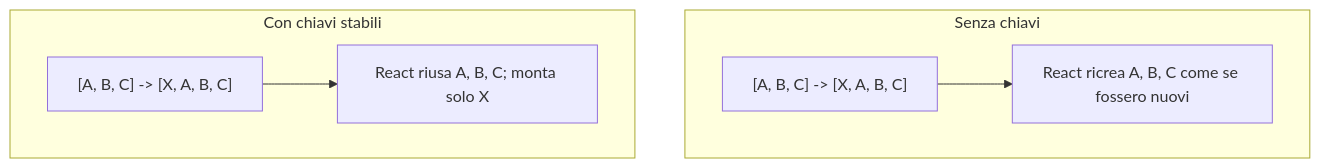
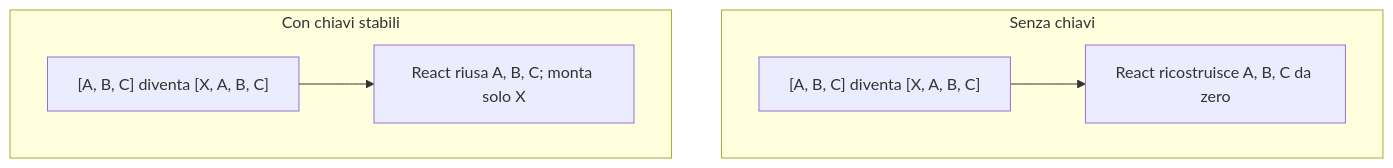
Before and after one commit to BabaScience/react-guides: the ninth of 10 diagrams in arguments/chapters/it/01-fundamentals.md, drawn with Mermaid. The commit also changed other lines of this file and 46 other files, not shown here.

````diff
--- a/arguments/chapters/it/01-fundamentals.md
+++ b/arguments/chapters/it/01-fundamentals.md
@@ -303,9 +1076,9 @@
 ```mermaid
 graph TD
     subgraph SenzaChiavi["Senza chiavi"]
-        A1["[A, B, C] -&gt; [X, A, B, C]"] --> A2[React ricrea A, B, C come se fossero nuovi]
+        A1["[A, B, C] diventa [X, A, B, C]"] --> A2[React ricostruisce A, B, C da zero]
     end
     subgraph ConChiavi["Con chiavi stabili"]
-        B1["[A, B, C] -&gt; [X, A, B, C]"] --> B2[React riusa A, B, C; monta solo X]
+        B1["[A, B, C] diventa [X, A, B, C]"] --> B2[React riusa A, B, C; monta solo X]
     end
 ```
````
